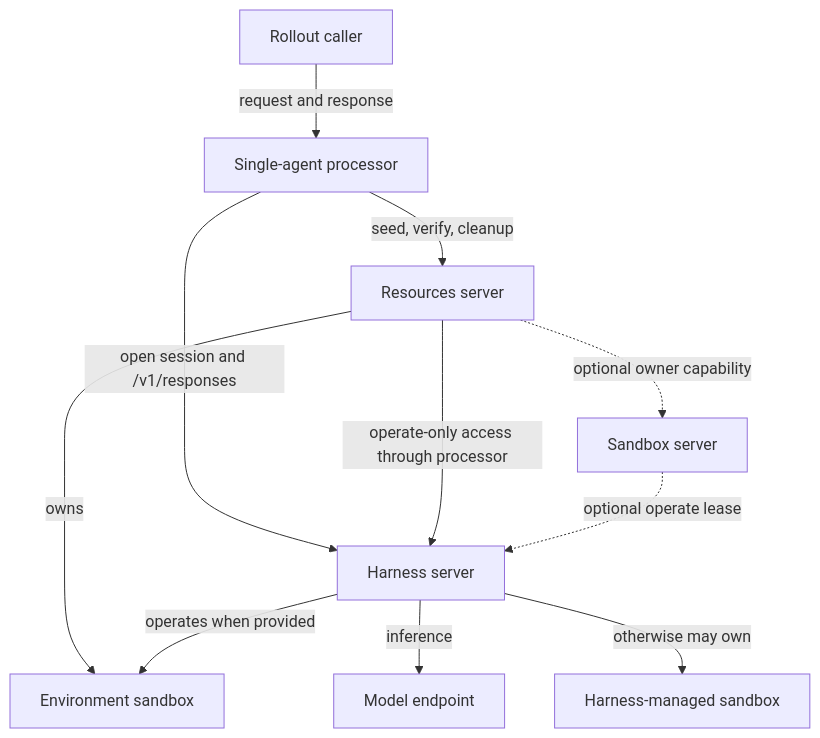
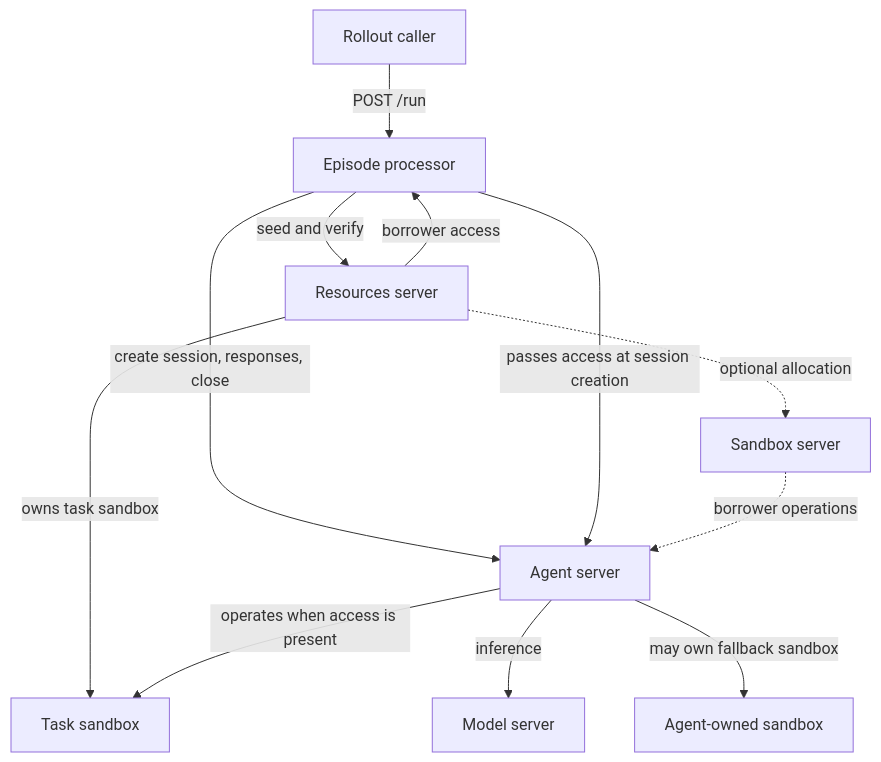
One commit to ananthsub/Gym changed the first of 2 diagrams in investigations/episode-orchestration-design.md. Above: the diagram before and after it, drawn with Mermaid. The commit also changed other lines of this file and 3 other files, not shown here.

````diff
--- a/investigations/episode-orchestration-design.md
+++ b/investigations/episode-orchestration-design.md
@@ -139,13 +60,14 @@
 ```mermaid
 flowchart TB
-    C[Rollout caller] -->|request and response| P[Single-agent processor]
-    P -->|seed, verify, cleanup| R[Resources server]
-    P -->|open session and /v1/responses| H[Harness server]
-    H -->|inference| M[Model endpoint]
-    R -->|owns| ES[Environment sandbox]
-    R -->|operate-only access through processor| H
-    H -->|operates when provided| ES
-    H -->|otherwise may own| HS[Harness-managed sandbox]
-    R -.->|optional owner capability| S[Sandbox server]
-    S -.->|optional operate lease| H
+    Caller[Rollout caller] -->|POST /run| Processor[Episode processor]
+    Processor -->|seed and verify| ResourcesServer[Resources server]
+    Processor -->|create session, responses, close| Agent[Agent server]
+    Agent -->|inference| Model[Model server]
+    ResourcesServer -->|owns task sandbox| TaskSandbox[Task sandbox]
+    ResourcesServer -->|borrower access| Processor
+    Processor -->|passes access at session creation| Agent
+    Agent -->|operates when access is present| TaskSandbox
+    Agent -->|may own fallback sandbox| AgentSandbox[Agent-owned sandbox]
+    ResourcesServer -.->|optional allocation| SandboxServer[Sandbox server]
+    SandboxServer -.->|borrower operations| Agent
 ```
````
